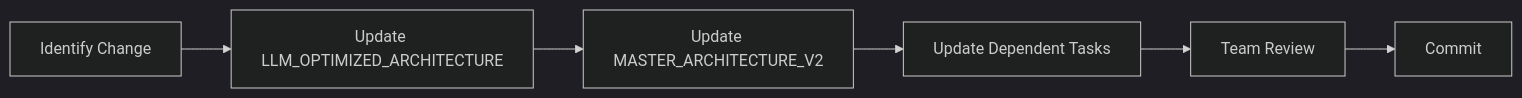
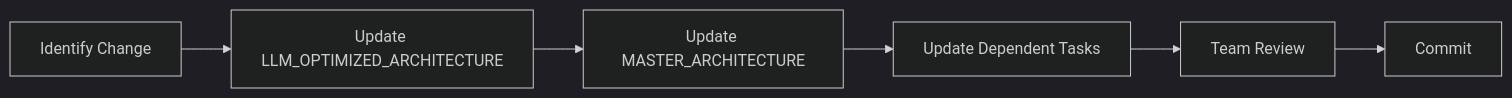
Before and after one commit to brw567/bot4: the second of 2 diagrams in docs/DOCUMENT_HIERARCHY.md, drawn with Mermaid (dark theme). The commit also changed other lines of this file and 8 other files, not shown here.

````diff
--- a/docs/DOCUMENT_HIERARCHY.md
+++ b/docs/DOCUMENT_HIERARCHY.md
@@ -87,8 +87,8 @@
 ```mermaid
 graph LR
     A[Identify Change] --> B[Update LLM_OPTIMIZED_ARCHITECTURE]
-    B --> C[Update MASTER_ARCHITECTURE_V2]
+    B --> C[Update MASTER_ARCHITECTURE]
     C --> D[Update Dependent Tasks]
     D --> E[Team Review]
     E --> F[Commit]
 ```
````
